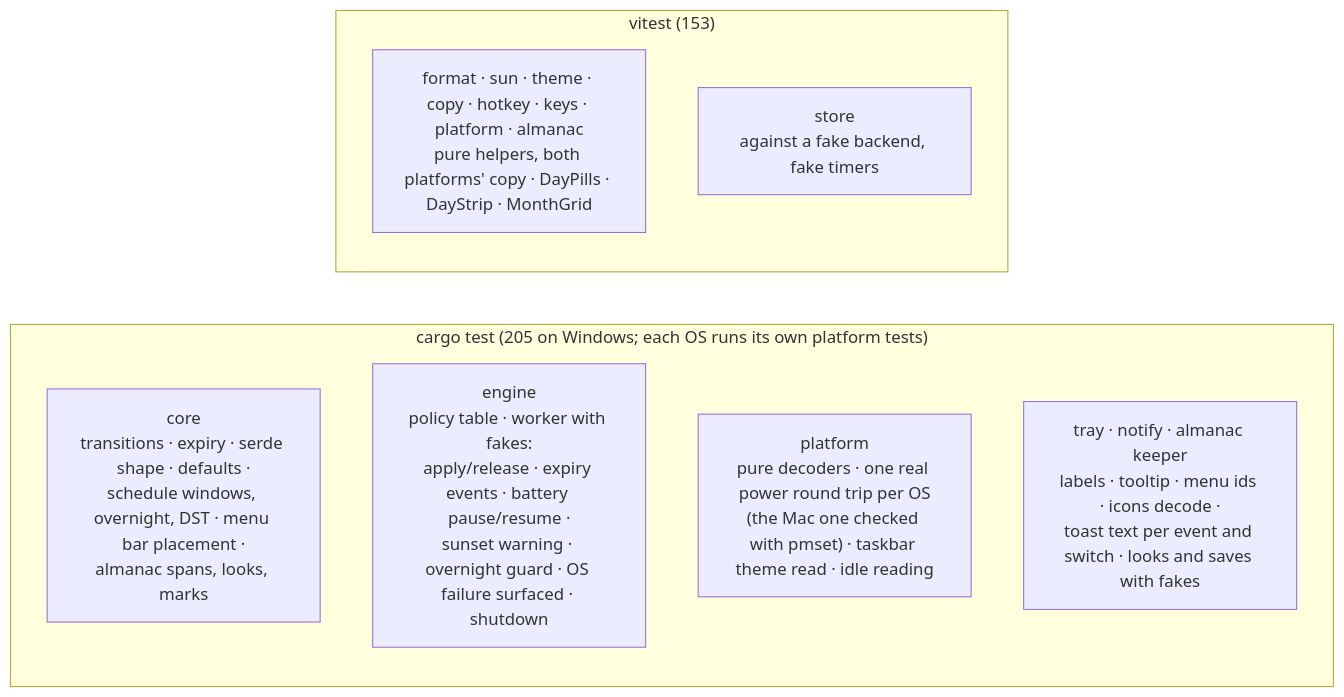
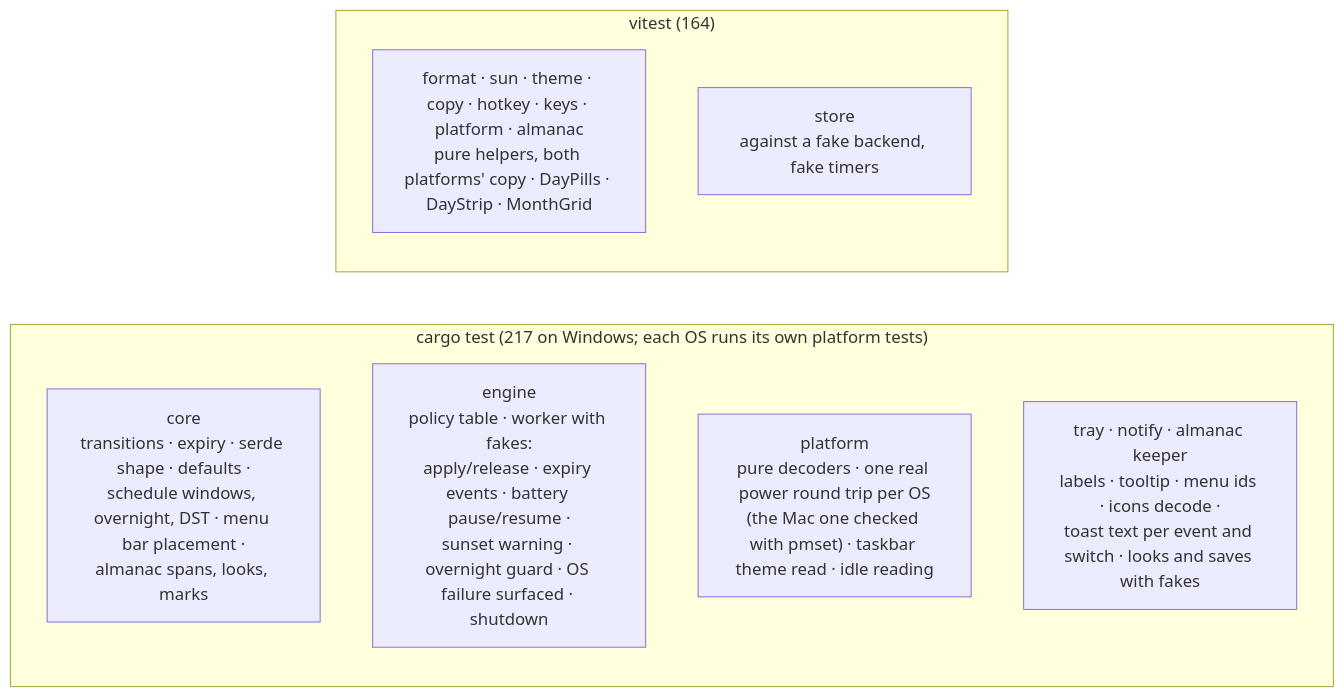
Before and after one commit to ax5hay/KeepMeAwake: the fourth of 4 diagrams in docs/development.md, drawn with Mermaid. The commit also changed 20 other files, not shown here.

````diff
--- a/docs/development.md
+++ b/docs/development.md
@@ -182,13 +182,13 @@
 ```mermaid
 flowchart LR
-    subgraph rust["cargo test (205 on Windows; each OS runs its own platform tests)"]
+    subgraph rust["cargo test (217 on Windows; each OS runs its own platform tests)"]
         core_t["core<br/>transitions · expiry · serde shape · defaults ·<br/>schedule windows, overnight, DST · menu bar placement ·<br/>almanac spans, looks, marks"]
         engine_t["engine<br/>policy table · worker with fakes:<br/>apply/release · expiry events · battery pause/resume ·<br/>sunset warning · overnight guard · OS failure surfaced · shutdown"]
         platform_t["platform<br/>pure decoders · one real power round trip per OS<br/>(the Mac one checked with pmset) · taskbar theme read · idle reading"]
         tray_t["tray · notify · almanac keeper<br/>labels · tooltip · menu ids · icons decode ·<br/>toast text per event and switch · looks and saves with fakes"]
     end
-    subgraph ui["vitest (153)"]
+    subgraph ui["vitest (164)"]
         fmt["format · sun · theme · copy · hotkey · keys · platform · almanac<br/>pure helpers, both platforms' copy · DayPills · DayStrip · MonthGrid"]
         store_t["store<br/>against a fake backend, fake timers"]
     end
 ```
````
